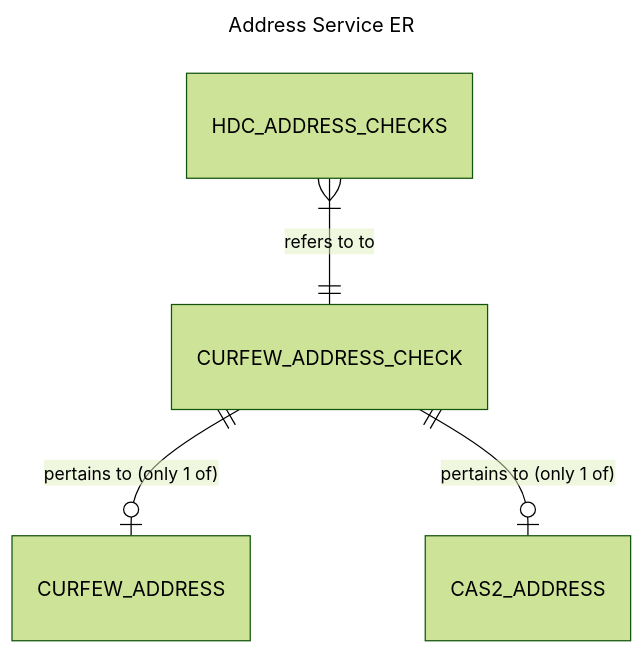
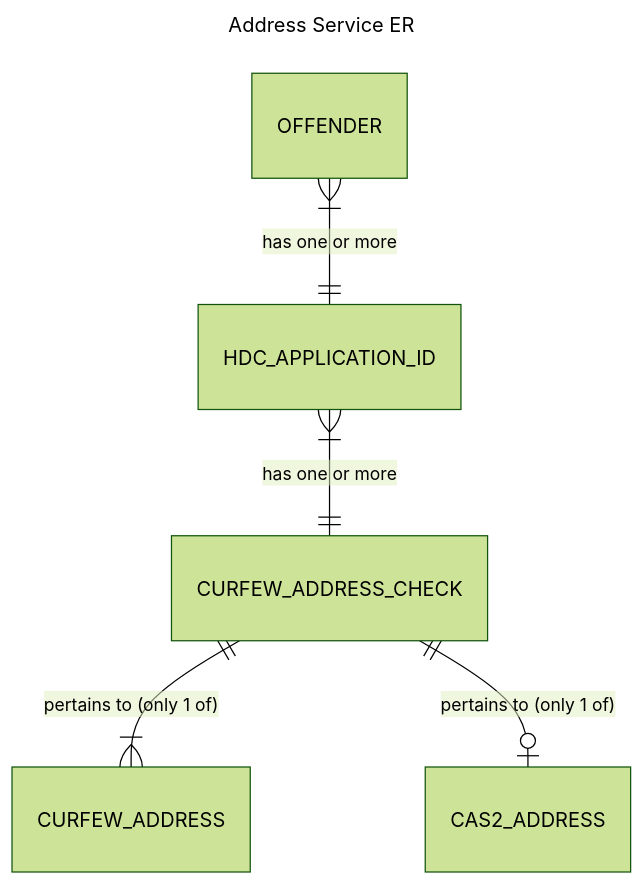
Before and after one commit to ministryofjustice/licences: the diagram in documentation/address_service_er.mermaid, drawn with Mermaid (forest theme).

Commit message:
Update address service ER diagram

```diff
--- a/documentation/address_service_er.mermaid
+++ b/documentation/address_service_er.mermaid
@@ -1,10 +1,11 @@
 ---
 title: Address Service ER
 ---
 erDiagram
-  HDC_ADDRESS_CHECKS }|--|| CURFEW_ADDRESS_CHECK : "refers to to"
-  HDC_ADDRESS_CHECKS {
-    
+  OFFENDER }|--|| HDC_APPLICATION_ID: "has one or more"
+  HDC_APPLICATION_ID }|--|| CURFEW_ADDRESS_CHECK : "has one or more"
+  HDC_APPLICATION_ID {
+
   }
-  CURFEW_ADDRESS_CHECK ||--o| CURFEW_ADDRESS : "pertains to (only 1 of)"
+  CURFEW_ADDRESS_CHECK ||--|{ CURFEW_ADDRESS : "pertains to (only 1 of)"
   CURFEW_ADDRESS_CHECK ||--o| CAS2_ADDRESS : "pertains to (only 1 of)"
```
